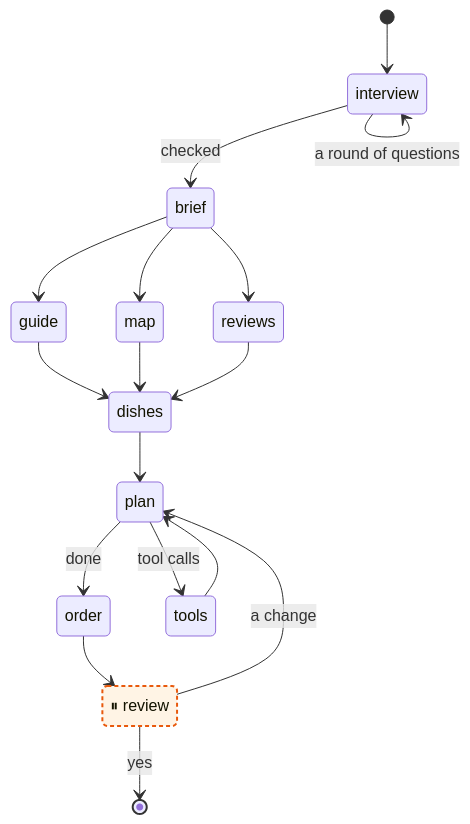
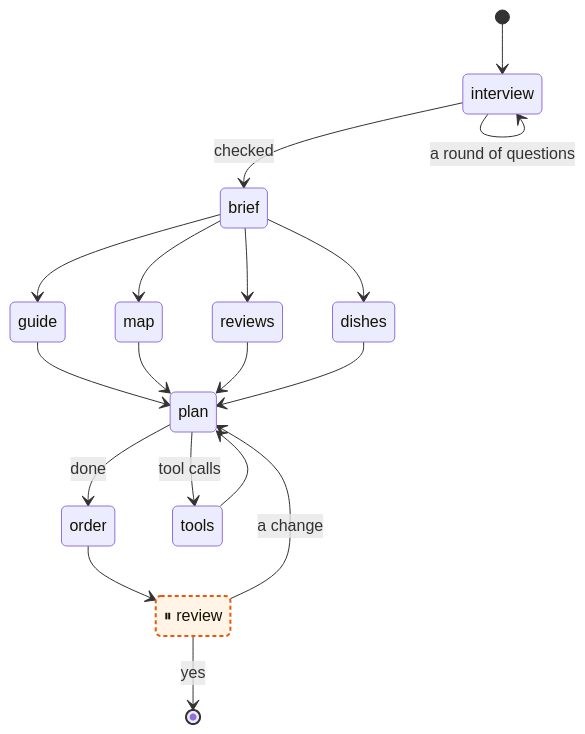
The diagram in README.md (deeptelar/telar-foodie), drawn with Mermaid before and after one commit. The commit also changed other lines of this file and 9 other files, not shown here.

````diff
--- a/README.md
+++ b/README.md
@@ -26,31 +26,32 @@
 ```mermaid
 stateDiagram-v2
     state "interview" as n0
     state "brief" as n1
     state "guide" as n2
     state "map" as n3
     state "reviews" as n4
     state "dishes" as n5
     state "order" as n6
     state "⏸ review" as n7
     state "plan" as n8
     state "tools" as n9
     [*] --> n0
     n0 --> n0 : a round of questions
     n0 --> n1 : checked
     n1 --> n2
     n1 --> n3
     n1 --> n4
-    n2 --> n5
-    n3 --> n5
-    n4 --> n5
+    n1 --> n5
+    n2 --> n8
+    n3 --> n8
+    n4 --> n8
     n5 --> n8
     n6 --> n7
     n7 --> n8 : a change
     n7 --> [*] : yes
     n8 --> n9 : tool calls
     n8 --> n6 : done
     n9 --> n8
     classDef interrupt fill:#fff4e5,stroke:#e8590c,stroke-width:2px,stroke-dasharray:4 3
     class n7 interrupt
 ```
````
